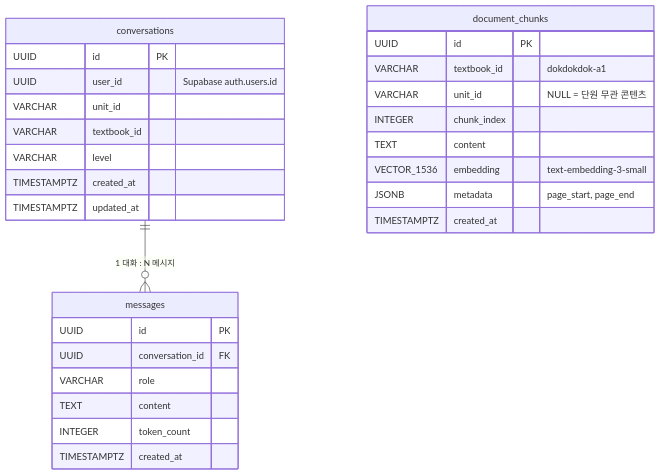
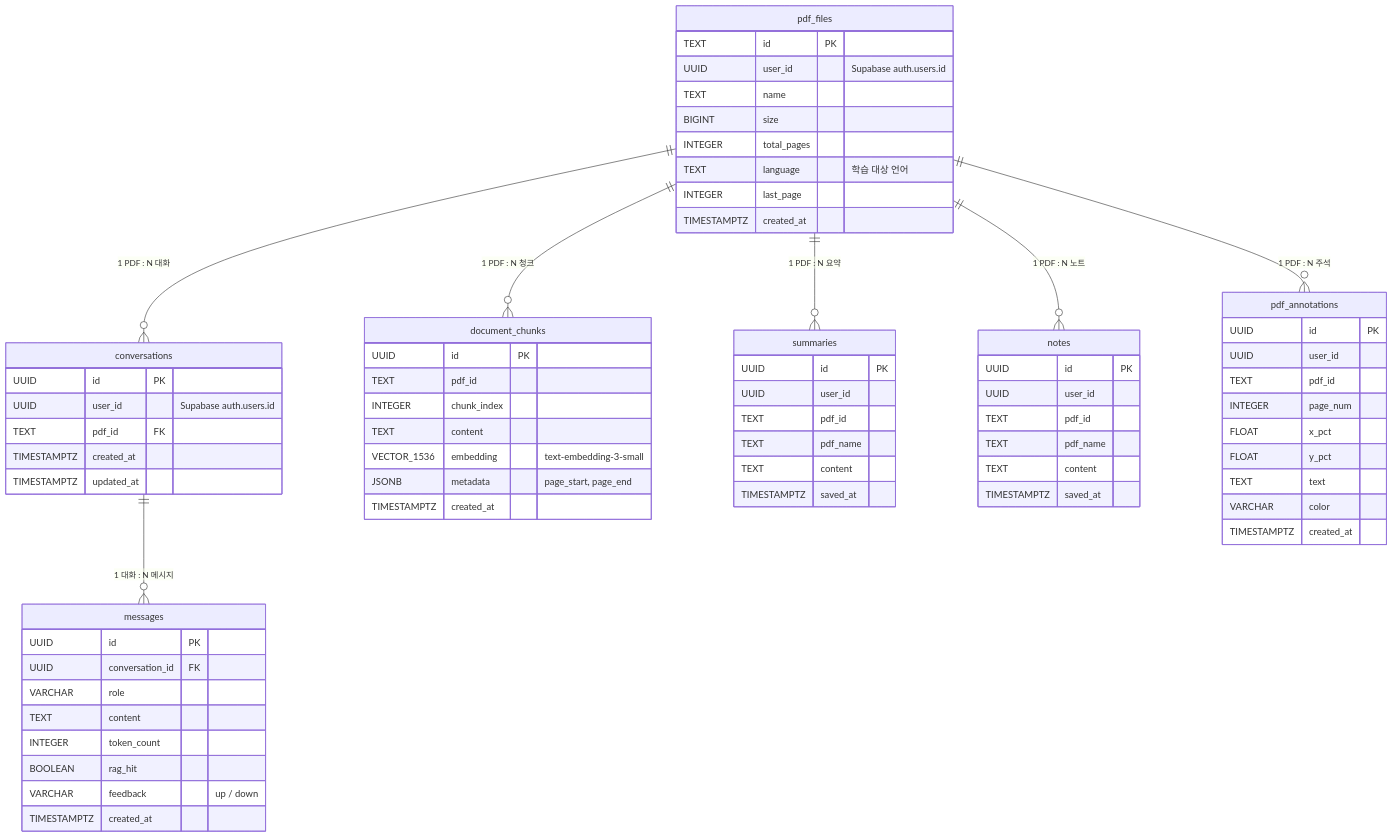
Before and after one commit to JayKim88/lingua-rag: the fourth of 4 diagrams in README.md, drawn with Mermaid. The commit also changed other lines of this file and 41 other files, not shown here.

First line of the commit message:
feat(arch): migrate from hardcoded unit curriculum to universal PDF-based architecture

````diff
--- a/README.md
+++ b/README.md
@@ -171,34 +205,79 @@
 ```mermaid
 erDiagram
+    pdf_files {
+        TEXT id PK
+        UUID user_id "Supabase auth.users.id"
+        TEXT name
+        BIGINT size
+        INTEGER total_pages
+        TEXT language "학습 대상 언어"
+        INTEGER last_page
+        TIMESTAMPTZ created_at
+    }
+
     conversations {
         UUID id PK
         UUID user_id "Supabase auth.users.id"
-        VARCHAR unit_id
-        VARCHAR textbook_id
-        VARCHAR level
+        TEXT pdf_id FK
         TIMESTAMPTZ created_at
         TIMESTAMPTZ updated_at
     }
 
     messages {
         UUID id PK
         UUID conversation_id FK
         VARCHAR role
         TEXT content
         INTEGER token_count
+        BOOLEAN rag_hit
+        VARCHAR feedback "up / down"
         TIMESTAMPTZ created_at
     }
 
-    conversations ||--o{ messages : "1 대화 : N 메시지"
-
     document_chunks {
         UUID id PK
-        VARCHAR textbook_id "dokdokdok-a1"
-        VARCHAR unit_id "NULL = 단원 무관 콘텐츠"
+        TEXT pdf_id
         INTEGER chunk_index
         TEXT content
         VECTOR_1536 embedding "text-embedding-3-small"
         JSONB metadata "page_start, page_end"
         TIMESTAMPTZ created_at
     }
+
+    summaries {
+        UUID id PK
+        UUID user_id
+        TEXT pdf_id
+        TEXT pdf_name
+        TEXT content
+        TIMESTAMPTZ saved_at
+    }
+
+    notes {
+        UUID id PK
+        UUID user_id
+        TEXT pdf_id
+        TEXT pdf_name
+        TEXT content
+        TIMESTAMPTZ saved_at
+    }
+
+    pdf_annotations {
+        UUID id PK
+        UUID user_id
+        TEXT pdf_id
+        INTEGER page_num
+        FLOAT x_pct
+        FLOAT y_pct
+        TEXT text
+        VARCHAR color
+        TIMESTAMPTZ created_at
+    }
+
+    pdf_files ||--o{ conversations : "1 PDF : N 대화"
+    pdf_files ||--o{ document_chunks : "1 PDF : N 청크"
+    pdf_files ||--o{ summaries : "1 PDF : N 요약"
+    pdf_files ||--o{ notes : "1 PDF : N 노트"
+    pdf_files ||--o{ pdf_annotations : "1 PDF : N 주석"
+    conversations ||--o{ messages : "1 대화 : N 메시지"
 ```
````
